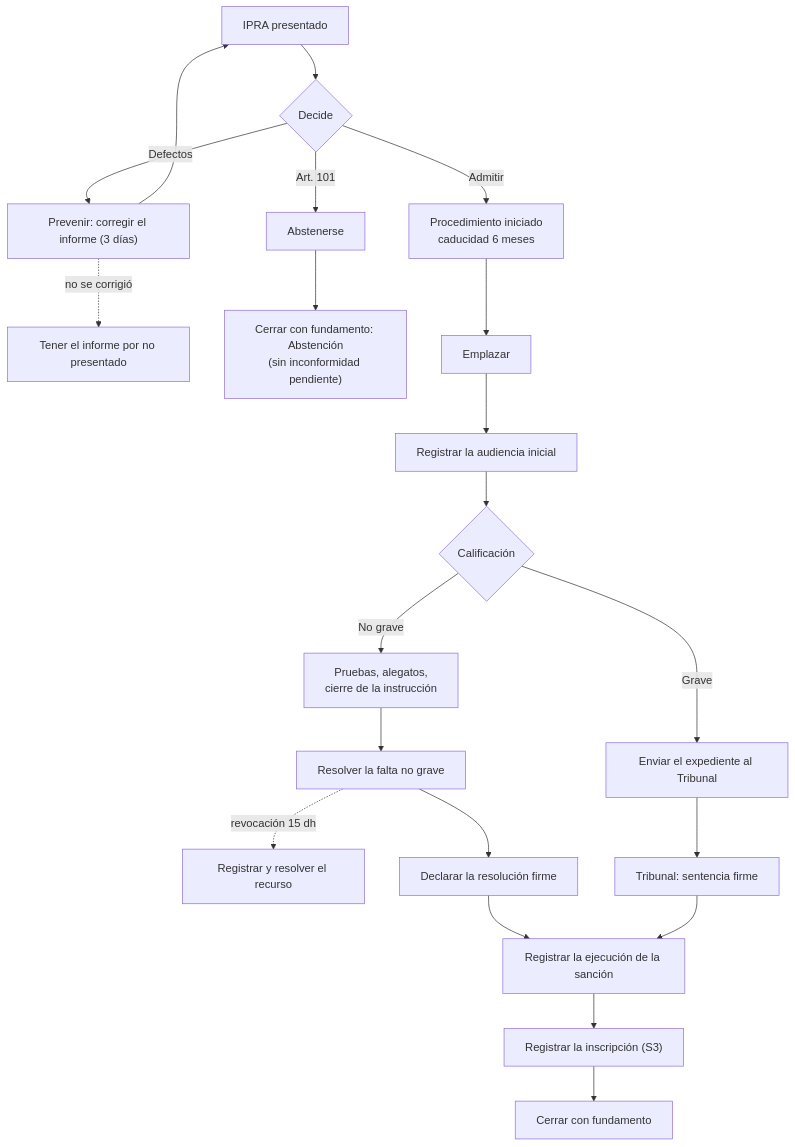
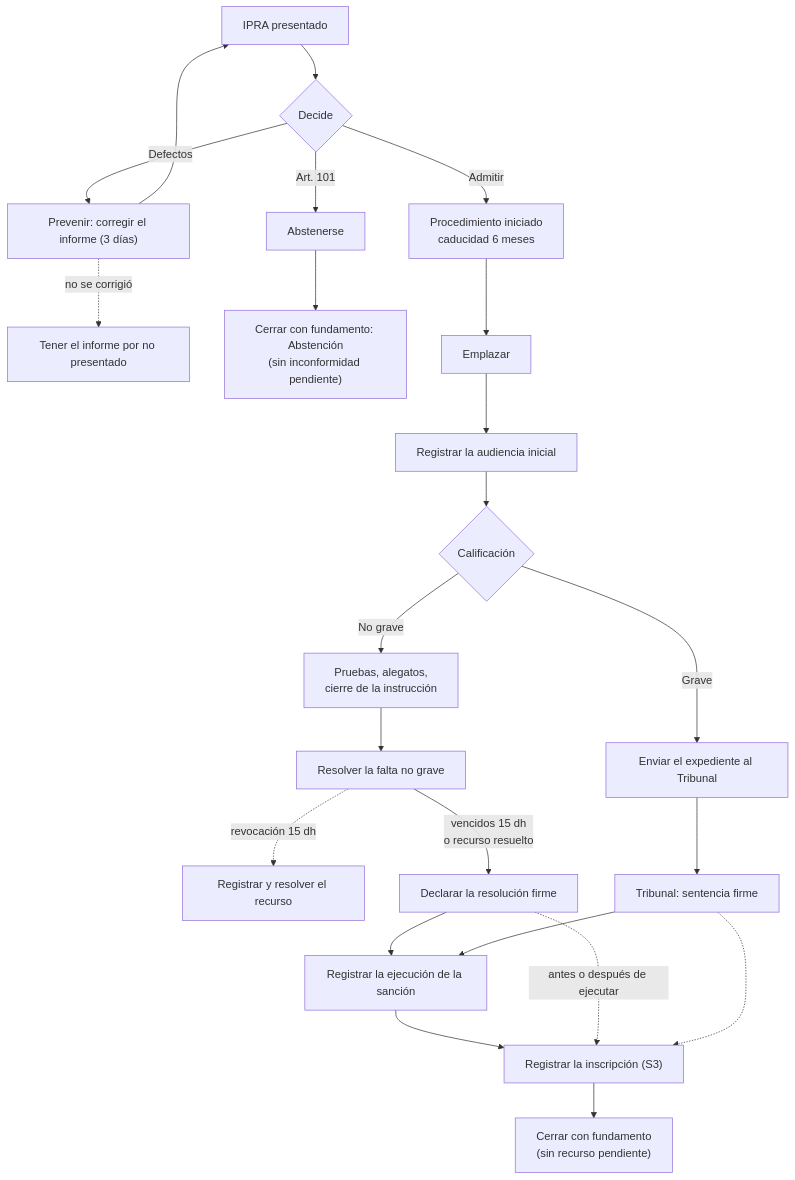
One commit to GuilleOp/sigilo-s5 changed the diagram in docs/manuales/04-autoridad-substanciadora-y-resolutora.md. Above: the diagram before and after it, drawn with Mermaid. The commit also changed other lines of this file and 9 other files, not shown here.

````diff
--- a/docs/manuales/04-autoridad-substanciadora-y-resolutora.md
+++ b/docs/manuales/04-autoridad-substanciadora-y-resolutora.md
@@ -218,23 +275,25 @@
 ```mermaid
 flowchart TD
   A["IPRA presentado"] --> B{"Decide"}
   B -- "Defectos" --> C["Prevenir: corregir el informe (3 días)"]
   C --> A
   C -. "no se corrigió" .-> C2["Tener el informe por no presentado"]
   B -- "Art. 101" --> D["Abstenerse"]
   D --> D2["Cerrar con fundamento: Abstención<br/>(sin inconformidad pendiente)"]
   B -- "Admitir" --> E["Procedimiento iniciado<br/>caducidad 6 meses"]
   E --> F["Emplazar"]
   F --> G["Registrar la audiencia inicial"]
   G --> H{"Calificación"}
   H -- "No grave" --> I["Pruebas, alegatos,<br/>cierre de la instrucción"]
   I --> J["Resolver la falta no grave"]
   J -. "revocación 15 dh" .-> J2["Registrar y resolver el recurso"]
-  J --> K["Declarar la resolución firme"]
+  J -- "vencidos 15 dh<br/>o recurso resuelto" --> K["Declarar la resolución firme"]
   H -- "Grave" --> L["Enviar el expediente al Tribunal"]
   L --> M["Tribunal: sentencia firme"]
   K --> N["Registrar la ejecución de la sanción"]
   M --> N
   N --> O["Registrar la inscripción (S3)"]
-  O --> P["Cerrar con fundamento"]
+  K -. "antes o después de ejecutar" .-> O
+  M -.-> O
+  O --> P["Cerrar con fundamento<br/>(sin recurso pendiente)"]
 ```
````
